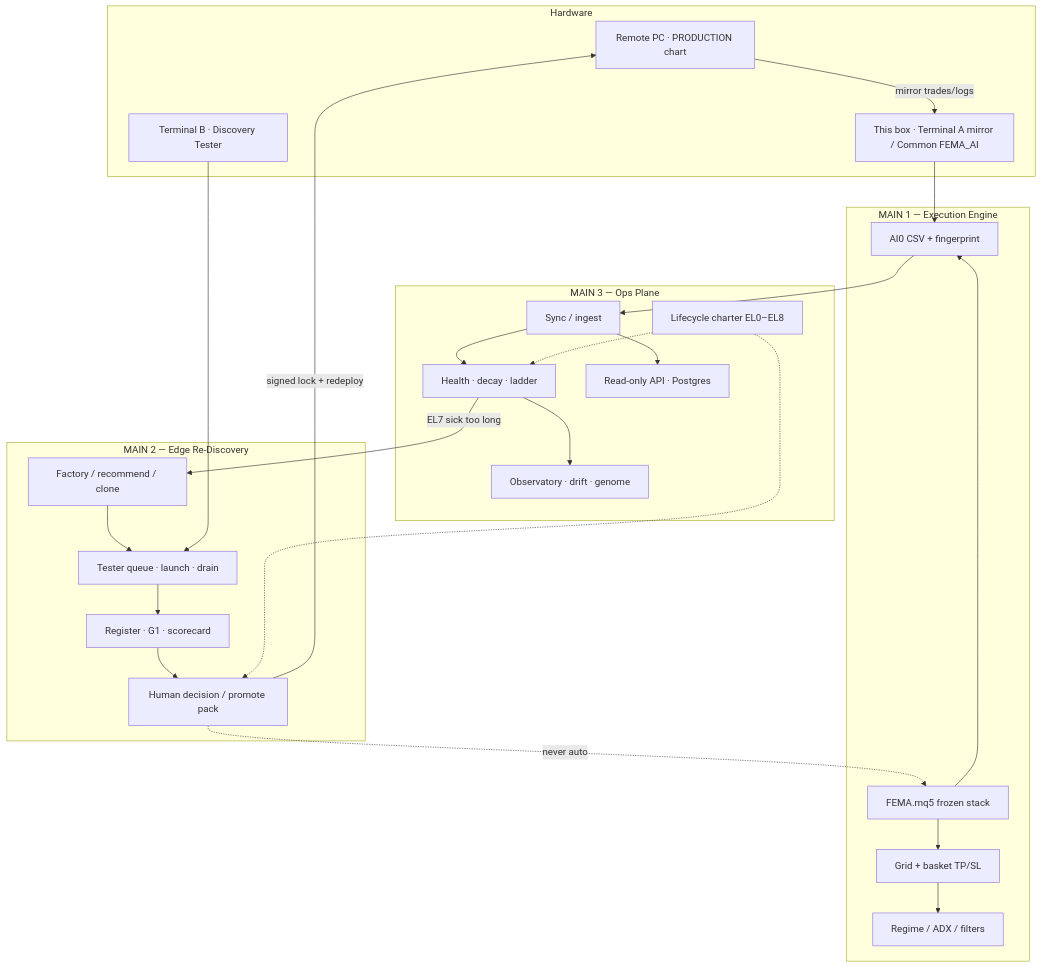
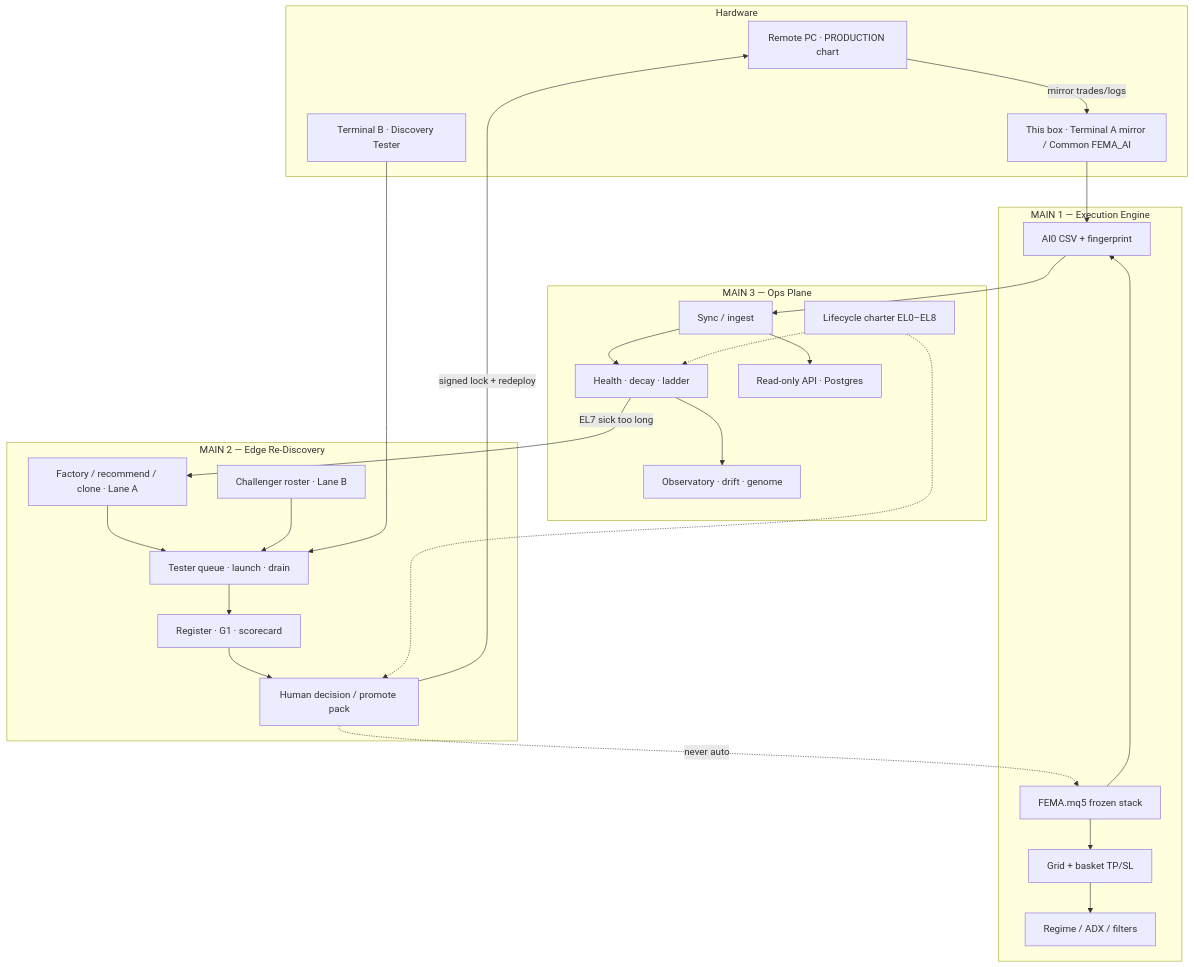
One commit to Atlas00000/FEMA changed the first of 2 diagrams in system_audit.md. Above: the diagram before and after it, drawn with Mermaid. The commit also changed other lines of this file and 34 other files, not shown here.

````diff
--- a/system_audit.md
+++ b/system_audit.md
@@ -24,45 +24,48 @@
 ```mermaid
 flowchart TB
   subgraph HW["Hardware"]
     REMOTE["Remote PC · PRODUCTION chart"]
     A["This box · Terminal A mirror / Common FEMA_AI"]
     B["Terminal B · Discovery Tester"]
   end
 
   subgraph M1["MAIN 1 — Execution Engine"]
     EA["FEMA.mq5 frozen stack"]
     GRID["Grid + basket TP/SL"]
     REG["Regime / ADX / filters"]
     LOG["AI0 CSV + fingerprint"]
     EA --> GRID --> REG
     EA --> LOG
   end
 
   subgraph M2["MAIN 2 — Edge Re-Discovery"]
-    FAC["Factory / recommend / clone"]
+    FAC["Factory / recommend / clone · Lane A"]
+    ROS["Challenger roster · Lane B"]
     Q["Tester queue · launch · drain"]
     VAL["Register · G1 · scorecard"]
     PROM["Human decision / promote pack"]
-    FAC --> Q --> VAL --> PROM
+    FAC --> Q
+    ROS --> Q
+    Q --> VAL --> PROM
   end
 
   subgraph M3["MAIN 3 — Ops Plane"]
     SYNC["Sync / ingest"]
     HLTH["Health · decay · ladder"]
     OBS["Observatory · drift · genome"]
     API["Read-only API · Postgres"]
     LIFE["Lifecycle charter EL0–EL8"]
     SYNC --> HLTH --> OBS
     SYNC --> API
     LIFE -.-> HLTH
     LIFE -.-> PROM
   end
 
   REMOTE -->|mirror trades/logs| A
   A --> LOG
   LOG --> SYNC
   B --> Q
   HLTH -->|EL7 sick too long| FAC
   PROM -->|signed lock + redeploy| REMOTE
   PROM -.->|never auto| EA
 ```
````
